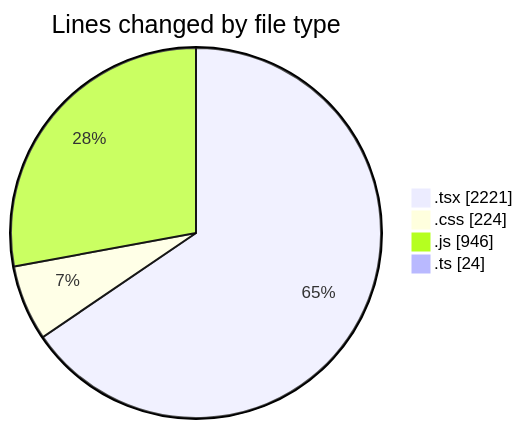
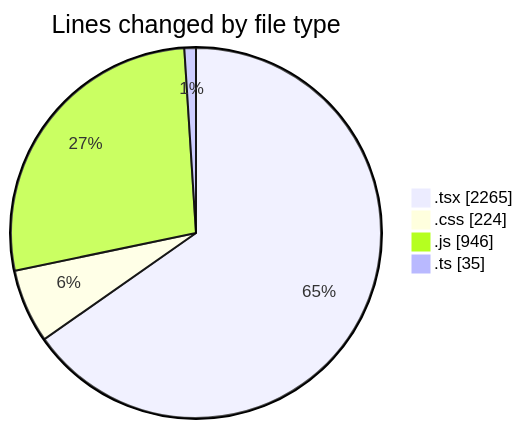
The first of 2 diagrams in 2025-04-22/indesign/README.md (Elitesun/code-tracking), drawn with Mermaid before and after one commit. The commit also changed other lines of this file and 1 other file, not shown here.

````diff
--- a/2025-04-22/indesign/README.md
+++ b/2025-04-22/indesign/README.md
@@ -37,8 +37,8 @@
 ```mermaid
 pie showData
 title Lines changed by file type
-".tsx" : 2221
+".tsx" : 2265
 ".css" : 224
 ".js" : 946
-".ts" : 24
+".ts" : 35
 ```
````
